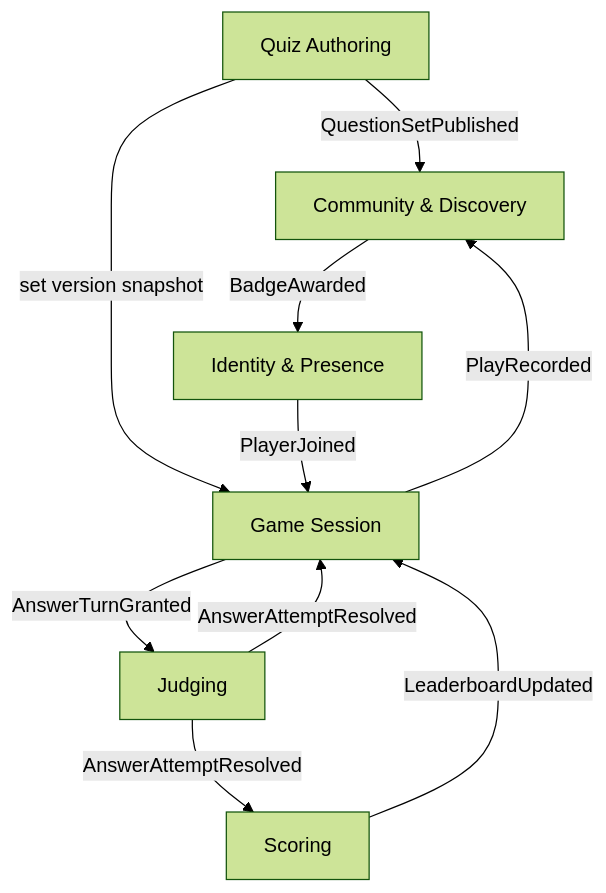
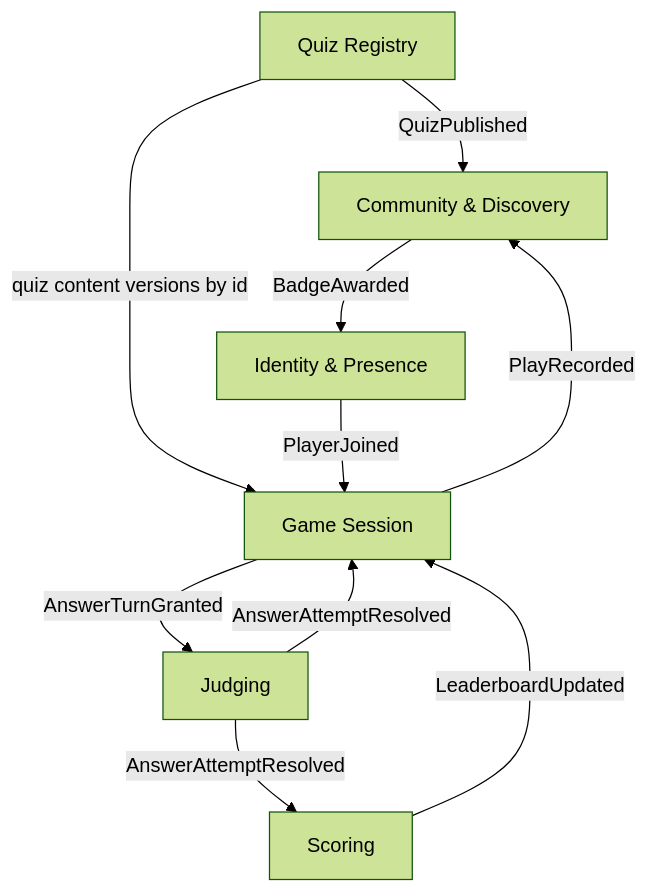
One commit to quiz-arena-net/quiz-arena-docs changed the diagram in subdomains/README.md. Above: the diagram before and after it, drawn with Mermaid (forest theme). The commit also changed other lines of this file and 43 other files, not shown here.

First line of the commit message:
Replace the quiz authoring context with the quiz registry

````diff
--- a/subdomains/README.md
+++ b/subdomains/README.md
@@ -27,12 +27,12 @@
 ```mermaid
 flowchart TD
-    QA[Quiz Authoring] -->|QuestionSetPublished| CM[Community & Discovery]
-    QA -->|set version snapshot| GS[Game Session]
+    QR[Quiz Registry] -->|QuizPublished| CM[Community & Discovery]
+    QR -->|quiz content versions by id| GS[Game Session]
     ID[Identity & Presence] -->|PlayerJoined| GS
     GS -->|AnswerTurnGranted| JG[Judging]
     JG -->|AnswerAttemptResolved| GS
     JG -->|AnswerAttemptResolved| SC[Scoring]
     GS -->|PlayRecorded| CM
     SC -->|LeaderboardUpdated| GS
     CM -->|BadgeAwarded| ID
 ```
````
